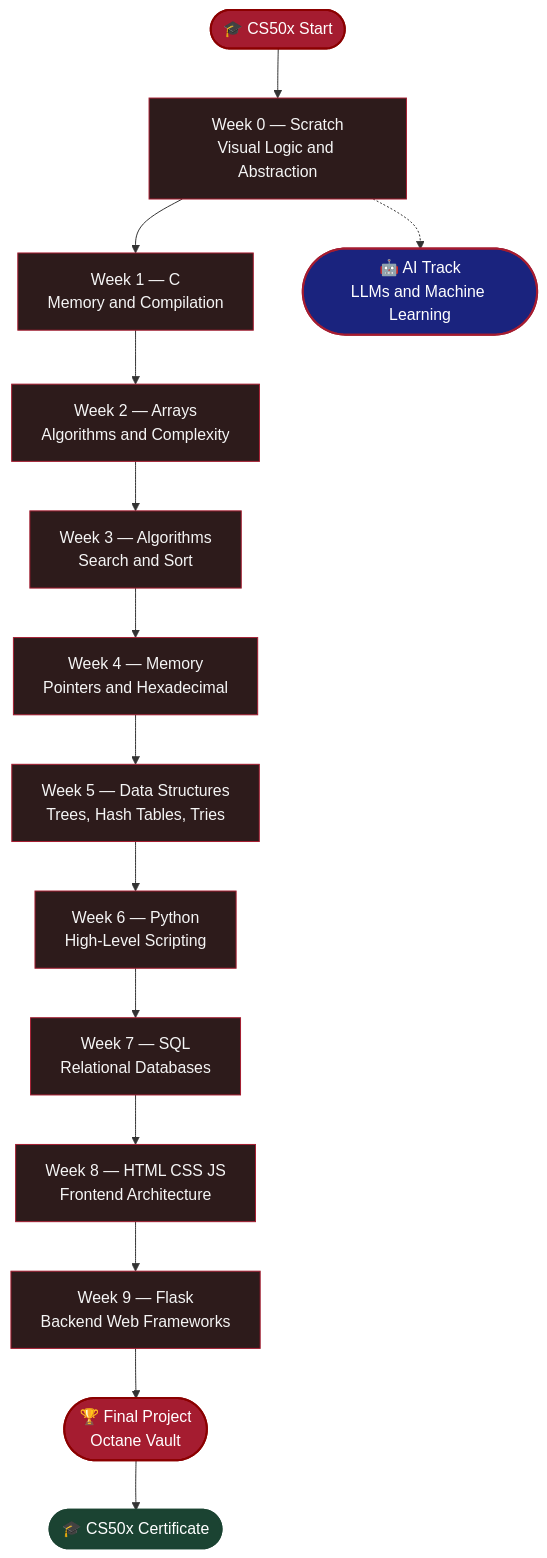
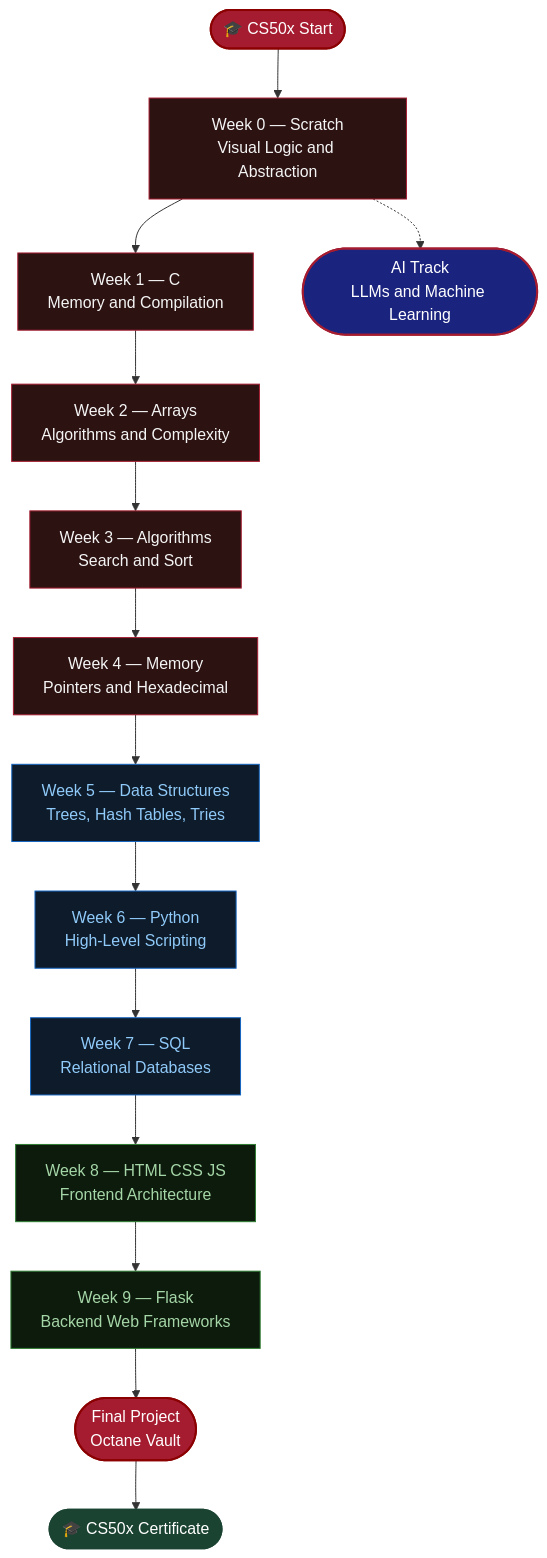
The first of 3 diagrams in README.md (bavish007/cs50x), drawn with Mermaid before and after one commit. The commit also changed other lines of this file, not shown here.

````diff
--- a/README.md
+++ b/README.md
@@ -38,57 +36,57 @@
 ```mermaid
 flowchart TD
     A([🎓 CS50x Start]) --> B[Week 0 — Scratch
 Visual Logic and Abstraction]
     B --> C[Week 1 — C
 Memory and Compilation]
     C --> D[Week 2 — Arrays
 Algorithms and Complexity]
     D --> E[Week 3 — Algorithms
 Search and Sort]
     E --> F[Week 4 — Memory
 Pointers and Hexadecimal]
     F --> G[Week 5 — Data Structures
 Trees, Hash Tables, Tries]
     G --> H[Week 6 — Python
 High-Level Scripting]
     H --> I[Week 7 — SQL
 Relational Databases]
     I --> J[Week 8 — HTML CSS JS
 Frontend Architecture]
     J --> K[Week 9 — Flask
 Backend Web Frameworks]
-    K --> L([🏆 Final Project
+    K --> L([Final Project
 Octane Vault])
     L --> N([🎓 CS50x Certificate])
-    B -.-> M([🤖 AI Track
+    B -.-> M([AI Track
 LLMs and Machine Learning])
 
     click B "https://github.com/bavish007/cs50x/tree/main/Week%200%20Scratch" "Open Week 0 Folder" _blank
     click C "https://github.com/bavish007/cs50x/tree/main/Week%201%20C" "Open Week 1 Folder" _blank
     click D "https://github.com/bavish007/cs50x/tree/main/Week%202%20Arrays" "Open Week 2 Folder" _blank
     click E "https://github.com/bavish007/cs50x/tree/main/Week%203%20Algorithms" "Open Week 3 Folder" _blank
     click F "https://github.com/bavish007/cs50x/tree/main/Week%204%20Memory" "Open Week 4 Folder" _blank
     click G "https://github.com/bavish007/cs50x/tree/main/Week%205%20Data%20Structures" "Open Week 5 Folder" _blank
     click H "https://github.com/bavish007/cs50x/tree/main/Week%206%20Python" "Open Week 6 Folder" _blank
     click I "https://github.com/bavish007/cs50x/tree/main/Week%207%20SQL" "Open Week 7 Folder" _blank
     click J "https://github.com/bavish007/cs50x/tree/main/Week%208%20HTML%2C%20CSS%2C%20JavaScript" "Open Week 8 Folder" _blank
     click K "https://github.com/bavish007/cs50x/tree/main/Week%209%20Flask" "Open Week 9 Folder" _blank
     click L "https://github.com/bavish007/cs50x/tree/main/Week%2010%20The%20End/Final%20Project/Octane_Vault" "Open Final Project Folder" _blank
     click M "https://github.com/bavish007/cs50x/tree/main/Artificial%20Intelligence" "Open AI Track Folder" _blank
     click N "https://certificates.cs50.io/281e3ed5-304f-4016-8bc0-e1c511825376.pdf?size=letter" "View Certificate" _blank
 
     style A fill:#A51C30,color:#fff,stroke:#8B0000,stroke-width:2px
     style L fill:#A51C30,color:#fff,stroke:#8B0000,stroke-width:2px
     style N fill:#1B4332,color:#fff,stroke:#1B4332,stroke-width:2px
     style M fill:#1a237e,color:#fff,stroke:#A51C30,stroke-width:2px
-    style B fill:#2d1b1b,color:#f5f5f5,stroke:#A51C30
-    style C fill:#2d1b1b,color:#f5f5f5,stroke:#A51C30
-    style D fill:#2d1b1b,color:#f5f5f5,stroke:#A51C30
-    style E fill:#2d1b1b,color:#f5f5f5,stroke:#A51C30
-    style F fill:#2d1b1b,color:#f5f5f5,stroke:#A51C30
-    style G fill:#2d1b1b,color:#f5f5f5,stroke:#A51C30
-    style H fill:#2d1b1b,color:#f5f5f5,stroke:#A51C30
-    style I fill:#2d1b1b,color:#f5f5f5,stroke:#A51C30
-    style J fill:#2d1b1b,color:#f5f5f5,stroke:#A51C30
-    style K fill:#2d1b1b,color:#f5f5f5,stroke:#A51C30
+    style B fill:#2d1212,color:#f5f5f5,stroke:#A51C30
+    style C fill:#2d1212,color:#f5f5f5,stroke:#A51C30
+    style D fill:#2d1212,color:#f5f5f5,stroke:#A51C30
+    style E fill:#2d1212,color:#f5f5f5,stroke:#A51C30
+    style F fill:#2d1212,color:#f5f5f5,stroke:#A51C30
+    style G fill:#0d1b2a,color:#90caf9,stroke:#1565c0
+    style H fill:#0d1b2a,color:#90caf9,stroke:#1565c0
+    style I fill:#0d1b2a,color:#90caf9,stroke:#1565c0
+    style J fill:#0d1b0d,color:#a5d6a7,stroke:#2e7d32
+    style K fill:#0d1b0d,color:#a5d6a7,stroke:#2e7d32
 ```
````
